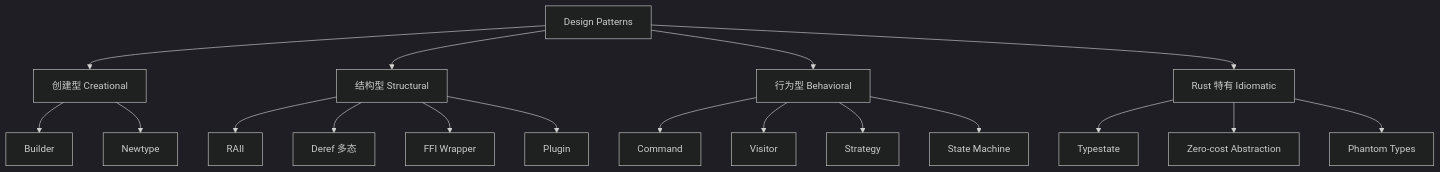
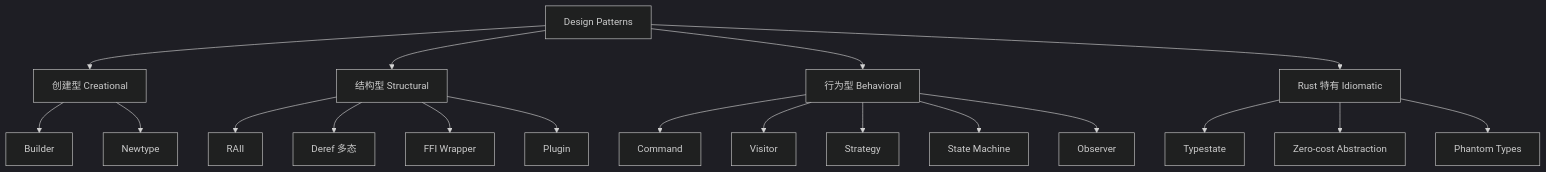
One commit to martin-ly/rust-lang changed the first of 4 diagrams in concept/06_ecosystem/02_patterns.md. Above: the diagram before and after it, drawn with Mermaid (dark theme). The commit also changed other lines of this file and 7 other files, not shown here.

````diff
--- a/concept/06_ecosystem/02_patterns.md
+++ b/concept/06_ecosystem/02_patterns.md
@@ -90,24 +91,25 @@
 ```mermaid
 graph TD
     A[Design Patterns] --> B[创建型 Creational]
     A --> C[结构型 Structural]
     A --> D[行为型 Behavioral]
     A --> E[Rust 特有 Idiomatic]
 
     B --> B1[Builder]
     B --> B2[Newtype]
 
     C --> C1[RAII]
     C --> C2[Deref 多态]
     C --> C3[FFI Wrapper]
     C --> C4[Plugin]
 
     D --> D1[Command]
     D --> D2[Visitor]
     D --> D3[Strategy]
     D --> D4[State Machine]
+    D --> D5[Observer]
 
     E --> E1[Typestate]
     E --> E2[Zero-cost Abstraction]
     E --> E3[Phantom Types]
 ```
````
